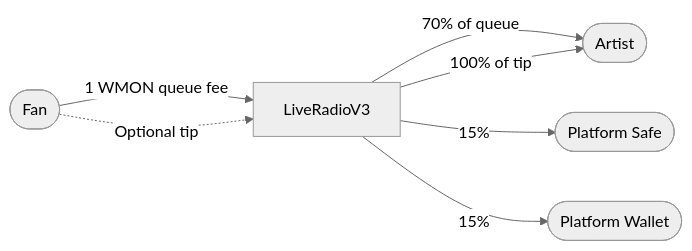
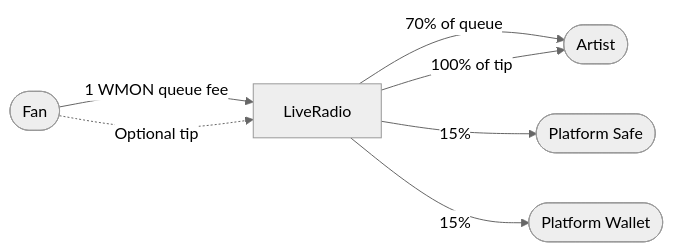
Before and after one commit to EmpowerTours/fcempowertours: the fifth of 12 diagrams in README.md, drawn with Mermaid (neutral theme). The commit also changed other lines of this file, not shown here.

````diff
--- a/README.md
+++ b/README.md
@@ -629,9 +764,9 @@
 ```mermaid
 flowchart LR
-    Fan([Fan]) -->|1 WMON queue fee| Radio[LiveRadioV3]
+    Fan([Fan]) -->|1 WMON queue fee| Radio[LiveRadio]
     Fan -.->|Optional tip| Radio
     Radio -->|70% of queue| Artist([Artist])
     Radio -->|15%| PlatformSafe([Platform Safe])
     Radio -->|15%| PlatformWallet([Platform Wallet])
     Radio -->|100% of tip| Artist
 ```
````
